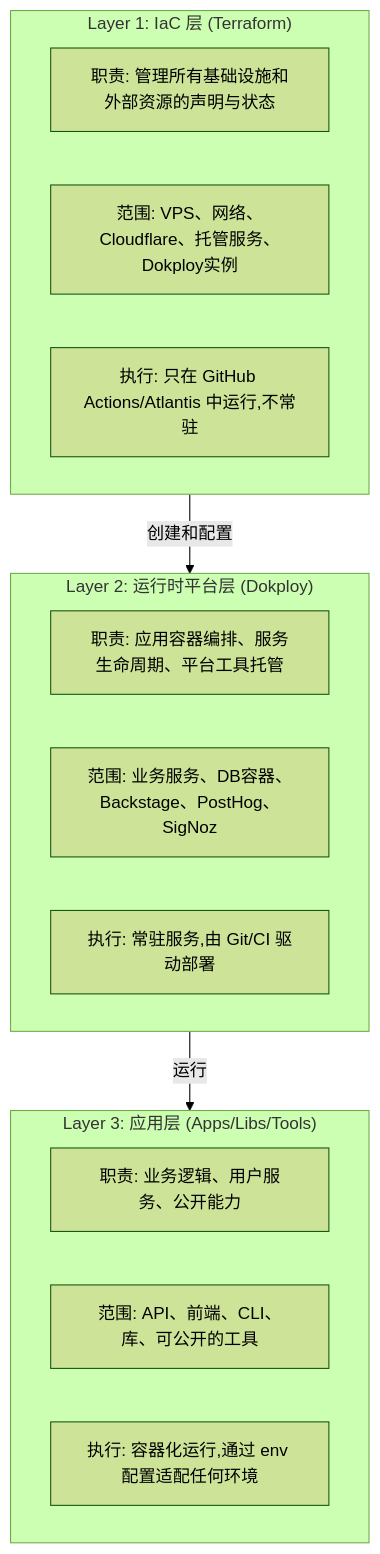
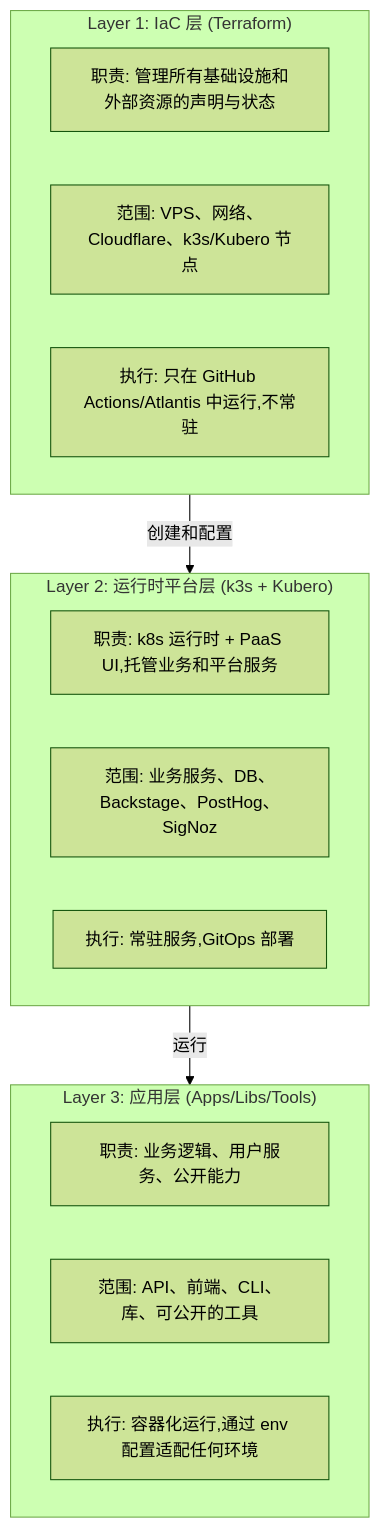
One commit to wangzitian0/PEG-scaner changed the first of 4 diagrams in docs/specs/infra/IRD-004.env_eaas_infra.md. Above: the diagram before and after it, drawn with Mermaid (forest theme). The commit also changed other lines of this file and 9 other files, not shown here.

````diff
--- a/docs/specs/infra/IRD-004.env_eaas_infra.md
+++ b/docs/specs/infra/IRD-004.env_eaas_infra.md
@@ -29,23 +31,23 @@
 ```mermaid
 graph TD
     subgraph Layer1["Layer 1: IaC 层 (Terraform)"]
         L1_1["职责: 管理所有基础设施和外部资源的声明与状态"]
-        L1_2["范围: VPS、网络、Cloudflare、托管服务、Dokploy实例"]
+        L1_2["范围: VPS、网络、Cloudflare、k3s/Kubero 节点"]
         L1_3["执行: 只在 GitHub Actions/Atlantis 中运行,不常驻"]
     end
     
-    subgraph Layer2["Layer 2: 运行时平台层 (Dokploy)"]
-        L2_1["职责: 应用容器编排、服务生命周期、平台工具托管"]
-        L2_2["范围: 业务服务、DB容器、Backstage、PostHog、SigNoz"]
-        L2_3["执行: 常驻服务,由 Git/CI 驱动部署"]
+    subgraph Layer2["Layer 2: 运行时平台层 (k3s + Kubero)"]
+        L2_1["职责: k8s 运行时 + PaaS UI,托管业务和平台服务"]
+        L2_2["范围: 业务服务、DB、Backstage、PostHog、SigNoz"]
+        L2_3["执行: 常驻服务,GitOps 部署"]
     end
     
     subgraph Layer3["Layer 3: 应用层 (Apps/Libs/Tools)"]
         L3_1["职责: 业务逻辑、用户服务、公开能力"]
         L3_2["范围: API、前端、CLI、库、可公开的工具"]
         L3_3["执行: 容器化运行,通过 env 配置适配任何环境"]
     end
     
     Layer1 -->|创建和配置| Layer2
     Layer2 -->|运行| Layer3
 ```
````
